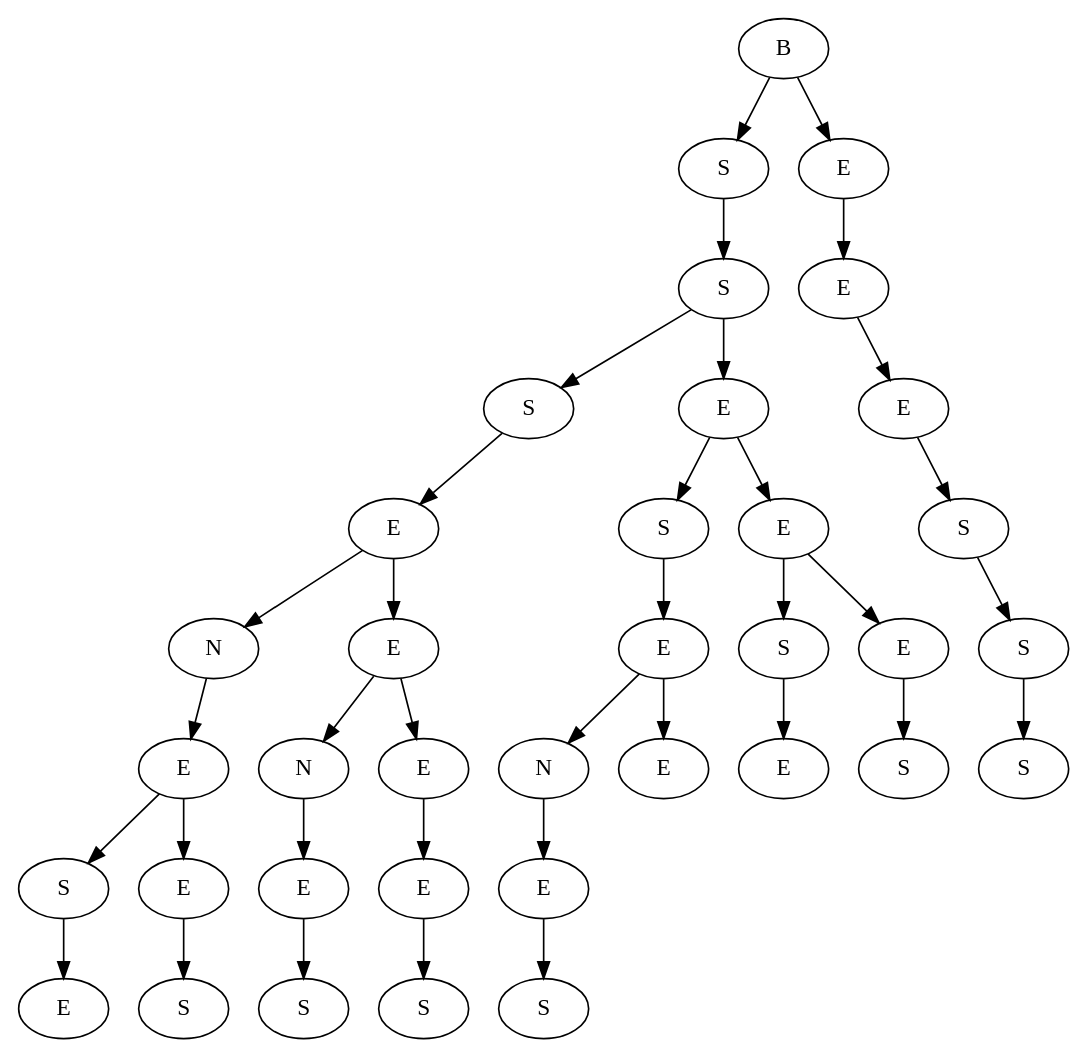
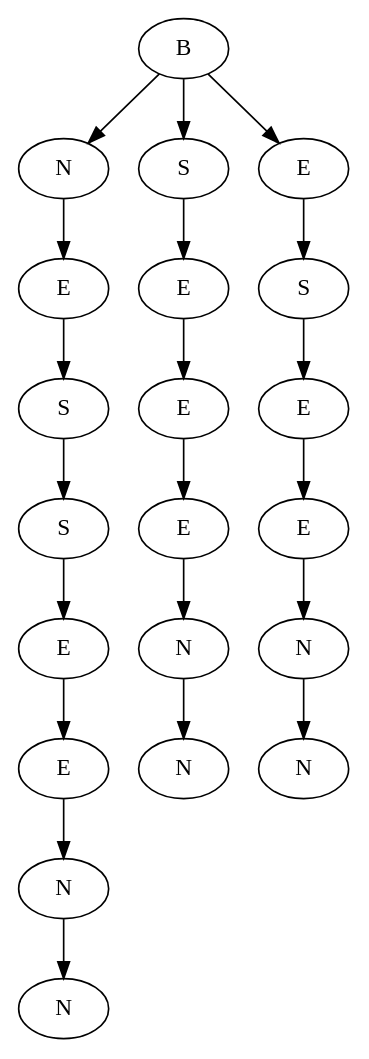
One commit to Iliyan0411/Data-Structures changed the diagram in Tom and Jerry/viz.dot. Above: the diagram before and after it, drawn with Graphviz. The commit also changed 8 other files, not shown here.

```diff
--- a/Tom and Jerry/viz.dot
+++ b/Tom and Jerry/viz.dot
@@ -1,73 +1,43 @@
 digraph G{
-16302096[label="E"]
-16302040[label="S"]
-16302040->16302096;
-16303568[label="S"]
-16302480[label="E"]
-16302480->16303568;
-16301984[label="E"]
-16301984->16302040;
-16301984->16302480;
-16301928[label="N"]
-16301928->16301984;
-16298048[label="S"]
-16298024[label="E"]
-16298024->16298048;
-16282056[label="N"]
-16282056->16298024;
-16298232[label="S"]
-16298544[label="E"]
-16298544->16298232;
-16298376[label="E"]
-16298376->16298544;
-16296160[label="E"]
-16296160->16282056;
-16296160->16298376;
-16254160[label="E"]
-16254160->16301928;
-16254160->16296160;
-16281848[label="S"]
-16281848->16254160;
-16298520[label="S"]
-16298184[label="E"]
-16298184->16298520;
-16298136[label="N"]
-16298136->16298184;
-16298568[label="E"]
-16298496[label="E"]
-16298496->16298136;
-16298496->16298568;
-16298400[label="S"]
-16298400->16298496;
-16298256[label="E"]
-16298160[label="S"]
-16298160->16298256;
-16298328[label="S"]
-16298280[label="E"]
-16298280->16298328;
-16298112[label="E"]
-16298112->16298160;
-16298112->16298280;
-16298208[label="E"]
-16298208->16298400;
-16298208->16298112;
-16254280[label="S"]
-16254280->16281848;
-16254280->16298208;
-16297712[label="S"]
-16297712->16254280;
-16299360[label="S"]
-16298448[label="S"]
-16298448->16299360;
-16298424[label="S"]
-16298424->16298448;
-16298304[label="E"]
-16298304->16298424;
-16298472[label="E"]
-16298472->16298304;
-16298352[label="E"]
-16298352->16298472;
-16254368[label="B"]
-16254368->16297712;
-16254368->16298352;
+16297048[label="N"]
+16297240[label="N"]
+16297240->16297048;
+16297144[label="E"]
+16297144->16297240;
+16296632[label="E"]
+16296632->16297144;
+16306208[label="S"]
+16306208->16296632;
+16305560[label="S"]
+16305560->16306208;
+16304912[label="E"]
+16304912->16305560;
+16282136[label="N"]
+16282136->16304912;
+16296472[label="N"]
+16296856[label="N"]
+16296856->16296472;
+16296536[label="E"]
+16296536->16296856;
+16296504[label="E"]
+16296504->16296536;
+16297176[label="E"]
+16297176->16296504;
+16297080[label="S"]
+16297080->16297176;
+16307640[label="N"]
+16307256[label="N"]
+16307256->16307640;
+16296600[label="E"]
+16296600->16307256;
+16296344[label="E"]
+16296344->16296600;
+16296824[label="S"]
+16296824->16296344;
+16296440[label="E"]
+16296440->16296824;
+16281752[label="B"]
+16281752->16282136;
+16281752->16297080;
+16281752->16296440;
 }
```
